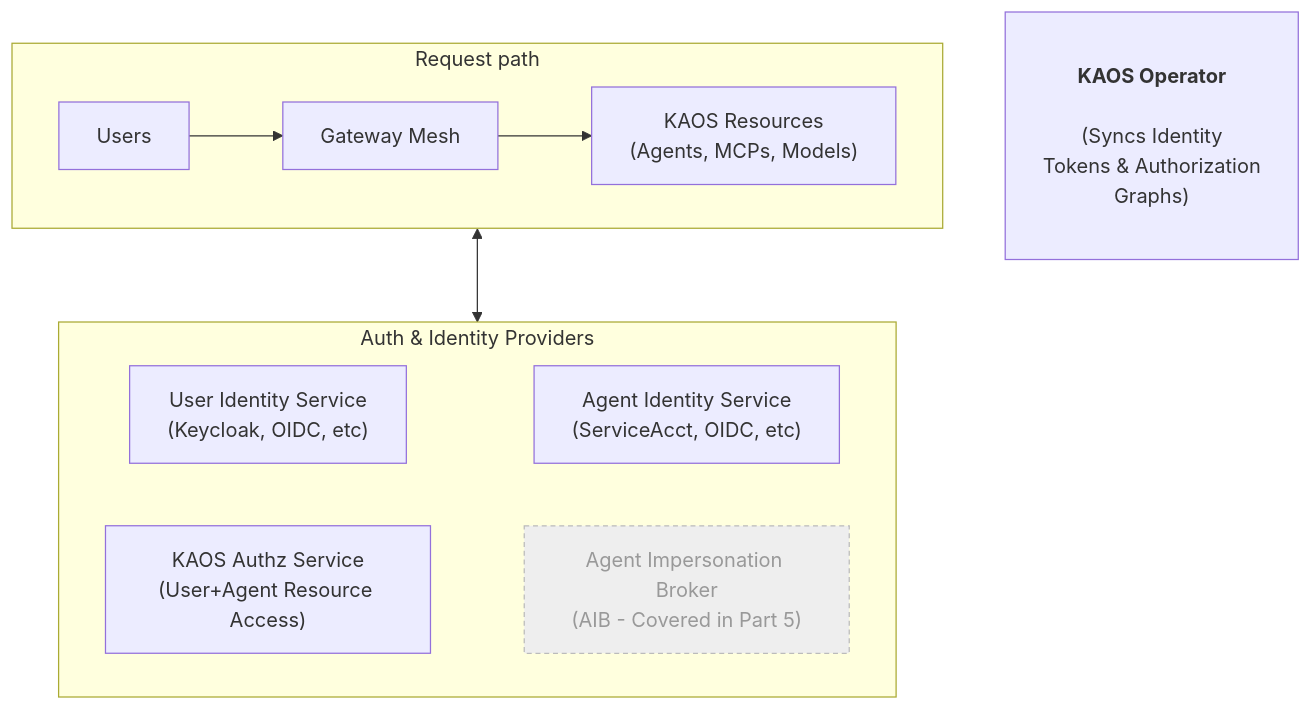
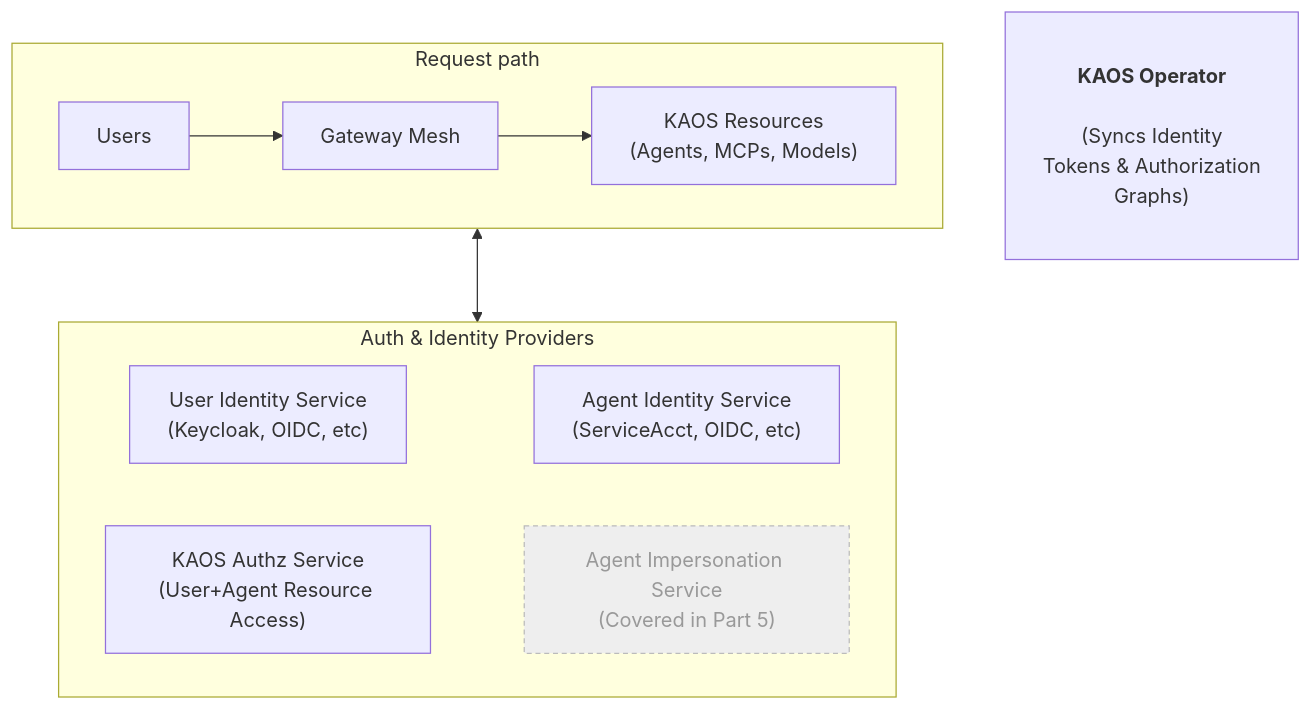
One commit to axsaucedo/kaos changed the first of 12 diagrams in docs/examples/authorization.md. Above: the diagram before and after it, drawn with Mermaid. The commit also changed other lines of this file, not shown here.

````diff
--- a/docs/examples/authorization.md
+++ b/docs/examples/authorization.md
@@ -24,26 +24,26 @@
 ```mermaid
 flowchart TB
   U["Users"]
   GW["Gateway Mesh"]
   UAuth["User Identity Service<br>(Keycloak, OIDC, etc)"]
   AAuth["Agent Identity Service<br>(ServiceAcct, OIDC, etc)"]
   Authz["KAOS Authz Service<br>(User+Agent Resource Access)"]
-  TPE["Agent Impersonation Broker<br>(AIB - Covered in Part 5)"]
+  TPE["Agent Impersonation Service<br>(Covered in Part 5)"]
   KAOS["KAOS Resources<br>(Agents, MCPs, Models)"]
   OP["⠀<br><b>KAOS Operator</b><br><br>(Syncs Identity<br> Tokens & Authorization<br> Graphs)<br>⠀"]
 
   subgraph req["Request path"]
     U --> GW
     GW --> KAOS
   end
 
   subgraph auth["Auth & Identity Providers"]
     UAuth ~~~ AAuth
     Authz ~~~ TPE
   end
 
   req <--> auth
 
   classDef part5 fill:#eeeeee,stroke:#bbbbbb,color:#999999,stroke-dasharray:4 3
   class TPE part5
 ```
````
